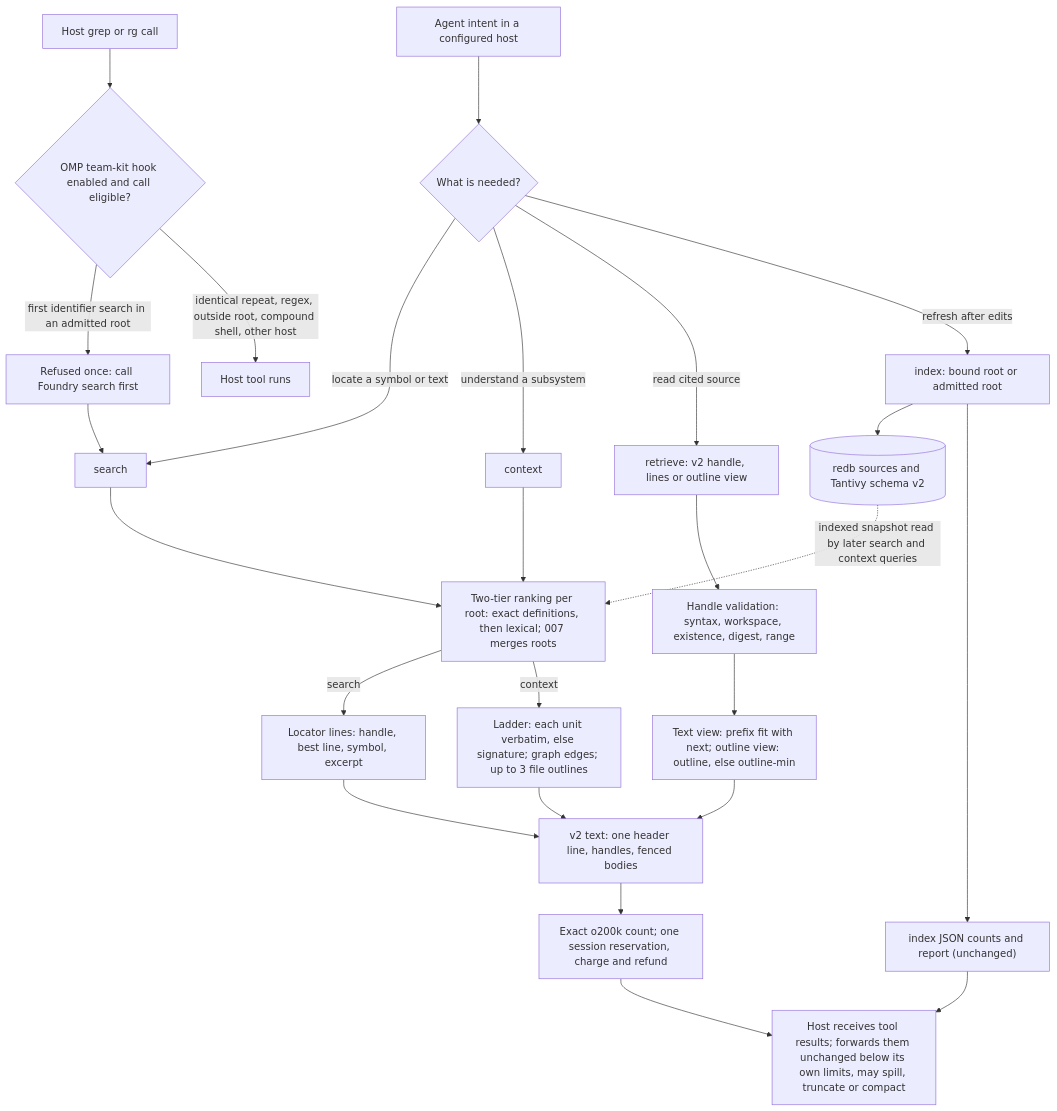
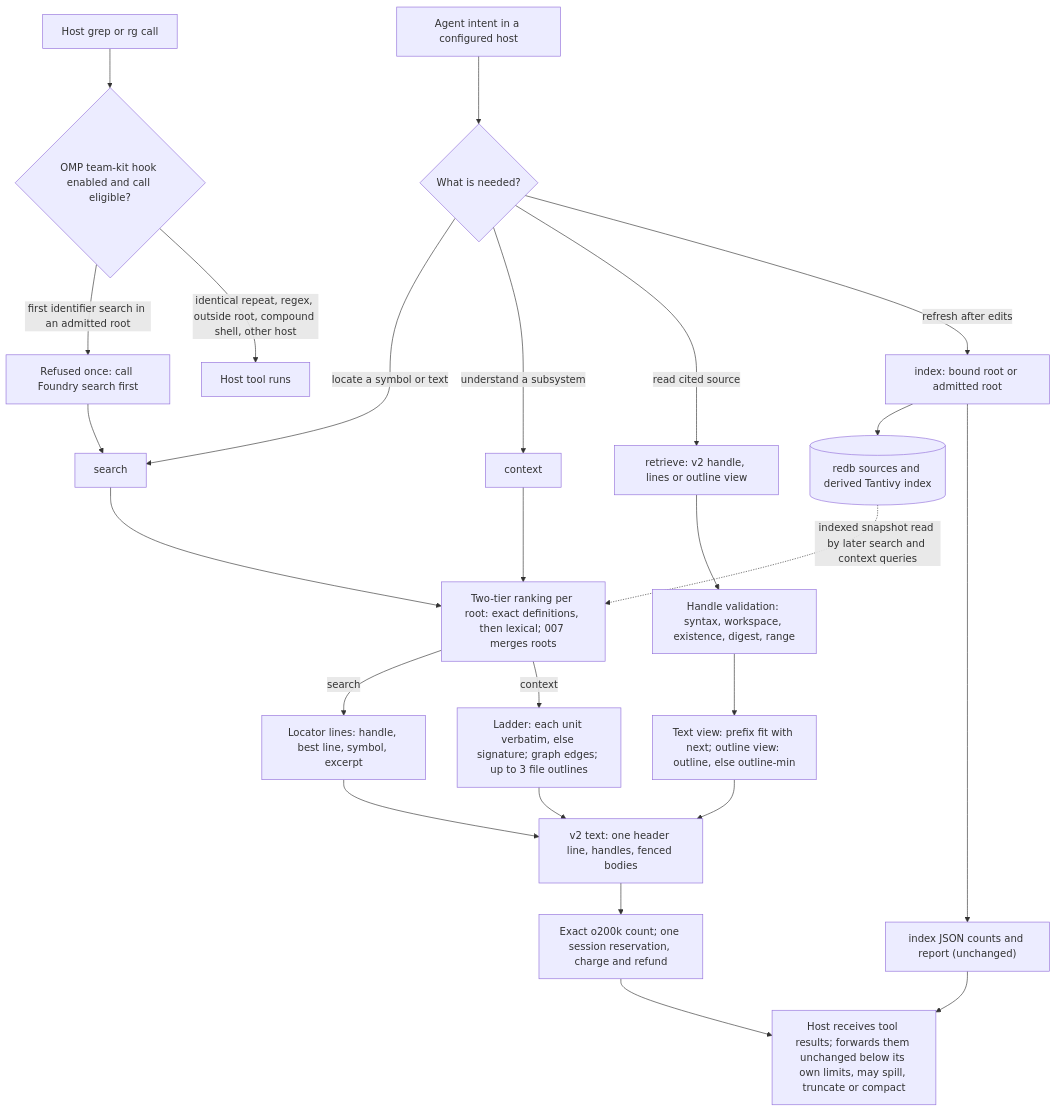
One commit to dwbimstr/context-foundry changed the second of 3 diagrams in docs/architecture.md. Above: the diagram before and after it, drawn with Mermaid. The commit also changed other lines of this file and 21 other files, not shown here.

Commit message:
Document the current Foundry architecture and desktop memory workflows [skip ci]

````diff
--- a/docs/architecture.md
+++ b/docs/architecture.md
@@ -128,27 +182,27 @@
 ```mermaid
 flowchart TD
     Intent["Agent intent in a configured host"] --> Need{"What is needed?"}
     Need -- "locate a symbol or text" --> Search["search"]
     Need -- "understand a subsystem" --> Context["context"]
     Need -- "read cited source" --> Retrieve["retrieve: v2 handle, lines or outline view"]
     Need -- "refresh after edits" --> Index["index: bound root or admitted root"]
     Grep["Host grep or rg call"] --> Hook{"OMP team-kit hook enabled and call eligible?"}
     Hook -- "first identifier search in an admitted root" --> Refused["Refused once: call Foundry search first"]
     Refused --> Search
     Hook -- "identical repeat, regex, outside root, compound shell, other host" --> HostTool["Host tool runs"]
-    Index --> Store[("redb sources and Tantivy schema v2")]
+    Index --> Store[("redb sources and derived Tantivy index")]
     Index --> Report["index JSON counts and report (unchanged)"]
     Store -. "indexed snapshot read by later search and context queries" .-> Rank
     Search --> Rank["Two-tier ranking per root: exact definitions, then lexical; 007 merges roots"]
     Context --> Rank
     Rank -- "search" --> Locators["Locator lines: handle, best line, symbol, excerpt"]
     Rank -- "context" --> Ladder["Ladder: each unit verbatim, else signature; graph edges; up to 3 file outlines"]
     Retrieve --> Validate["Handle validation: syntax, workspace, existence, digest, range"]
     Validate --> Views["Text view: prefix fit with next; outline view: outline, else outline-min"]
     Locators --> Wire["v2 text: one header line, handles, fenced bodies"]
     Ladder --> Wire
     Views --> Wire
     Wire --> Count["Exact o200k count; one session reservation, charge and refund"]
     Count --> Host["Host receives tool results; forwards them unchanged below its own limits, may spill, truncate or compact"]
     Report --> Host
 ```
````
